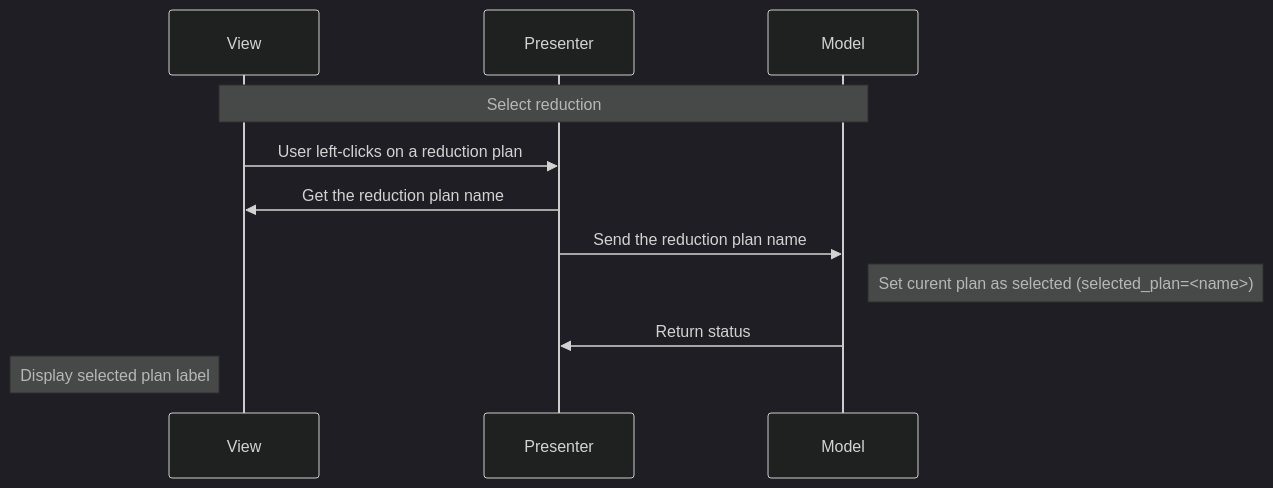
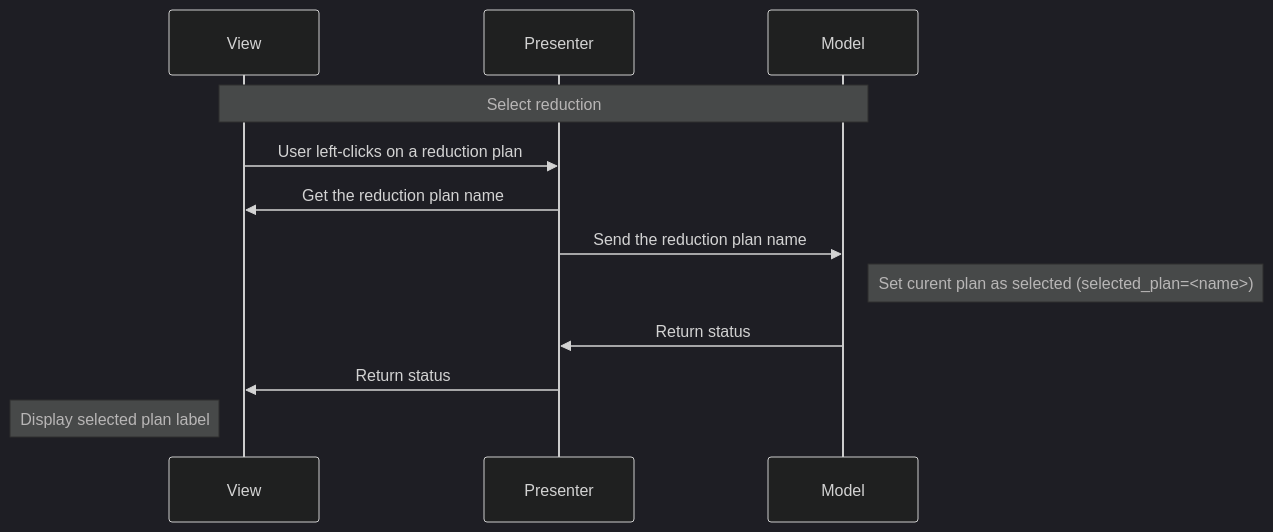
Diagram 11 of 14 in docs/source/design/reduction_plan_mvp.rst (neutrons/garnet), drawn with Mermaid (dark theme) before and after one commit. The commit also changed other lines of this file and 2 other files, not shown here.

```diff
--- a/docs/source/design/reduction_plan_mvp.rst
+++ b/docs/source/design/reduction_plan_mvp.rst
@@ -443,14 +458,15 @@
     .. mermaid::
 
         sequenceDiagram
             participant View
             participant Presenter
             participant Model
 
             Note over View,Model: Select reduction
             View->>Presenter: User left-clicks on a reduction plan
             Presenter->>View: Get the reduction plan name
             Presenter->>Model: Send the reduction plan name
             Note right of Model: Set curent plan as selected (selected_plan=<name>)
             Model->>Presenter: Return status
+            Presenter->>View: Return status
             Note left of View: Display selected plan label
```
